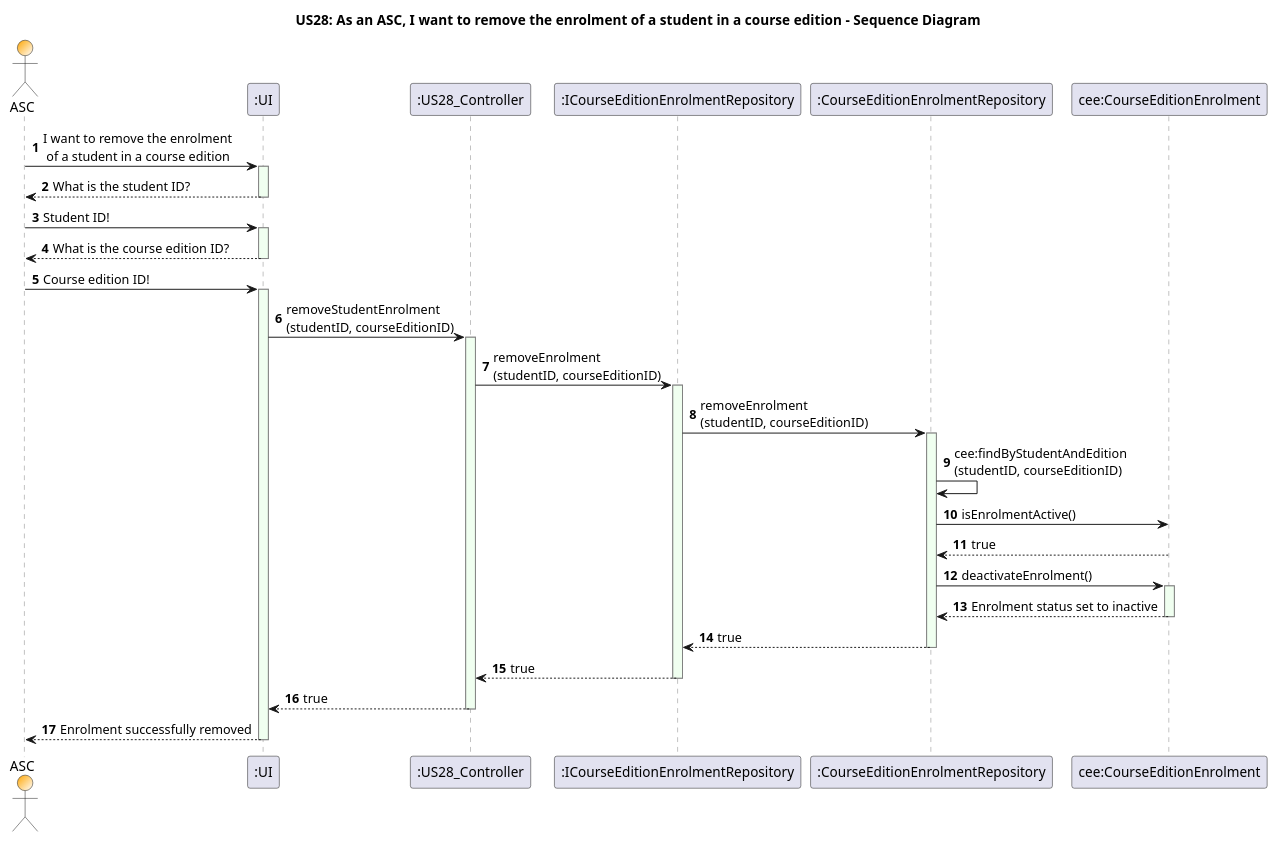
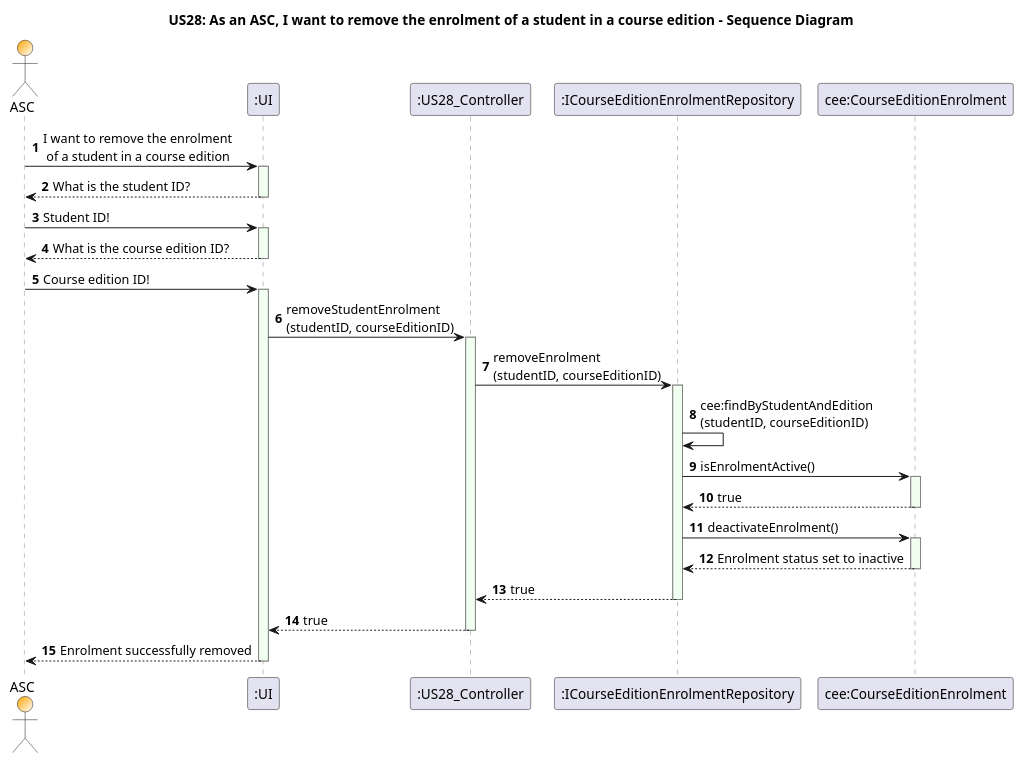
The diagram in docs/US28/US28_DDD_RemoveTheEnrolmentOfAStudentInACourseEdition_SequenceDiagram.puml (GasparISEP/DevOps-PAI), drawn with PlantUML before and after one commit.

Commit message:
Ref #87: Refactor US28_DDD_SequenceDiagram

```diff
--- a/docs/US28/US28_DDD_RemoveTheEnrolmentOfAStudentInACourseEdition_SequenceDiagram.puml
+++ b/docs/US28/US28_DDD_RemoveTheEnrolmentOfAStudentInACourseEdition_SequenceDiagram.puml
@@ -1,59 +1,55 @@
 @startuml
 skinparam sequence {
     LifeLineBorderColor Grey
     LifeLineBackgroundColor HoneyDew
 }
 
 title US28: As an ASC, I want to remove the enrolment of a student in a course edition - Sequence Diagram
 
 actor ASC #Orange/White
 participant ":UI" as UI
 participant ":US28_Controller" as Controller
 participant ":ICourseEditionEnrolmentRepository" as IRepo
-participant ":CourseEditionEnrolmentRepository" as Repository
 participant "cee:CourseEditionEnrolment" as Enrolment
 autonumber
 
 ASC -> UI : I want to remove the enrolment\n of a student in a course edition
 activate UI
 UI --> ASC : What is the student ID?
 deactivate UI
 ASC -> UI : Student ID!
 activate UI
 UI --> ASC : What is the course edition ID?
 deactivate UI
 ASC -> UI : Course edition ID!
 activate UI
 
 UI -> Controller : removeStudentEnrolment\n(studentID, courseEditionID)
 activate Controller
 
 Controller -> IRepo : removeEnrolment\n(studentID, courseEditionID)
 activate IRepo
 
-IRepo -> Repository : removeEnrolment\n(studentID, courseEditionID)
-activate Repository
 
-Repository -> Repository : cee:findByStudentAndEdition\n(studentID, courseEditionID)
+IRepo -> IRepo : cee:findByStudentAndEdition\n(studentID, courseEditionID)
 
-Repository -> Enrolment : isEnrolmentActive()
-Enrolment --> Repository : true
+IRepo -> Enrolment : isEnrolmentActive()
+activate Enrolment
+Enrolment --> IRepo : true
 deactivate Enrolment
 
-Repository -> Enrolment : deactivateEnrolment()
+IRepo -> Enrolment : deactivateEnrolment()
 activate Enrolment
-Enrolment --> Repository : Enrolment status set to inactive
+Enrolment --> IRepo : Enrolment status set to inactive
 deactivate Enrolment
 
-Repository --> IRepo : true
-deactivate Repository
 
 IRepo --> Controller : true
 deactivate IRepo
 
 Controller --> UI : true
 deactivate Controller
 UI --> ASC : Enrolment successfully removed
 deactivate UI
 
 @enduml
```
